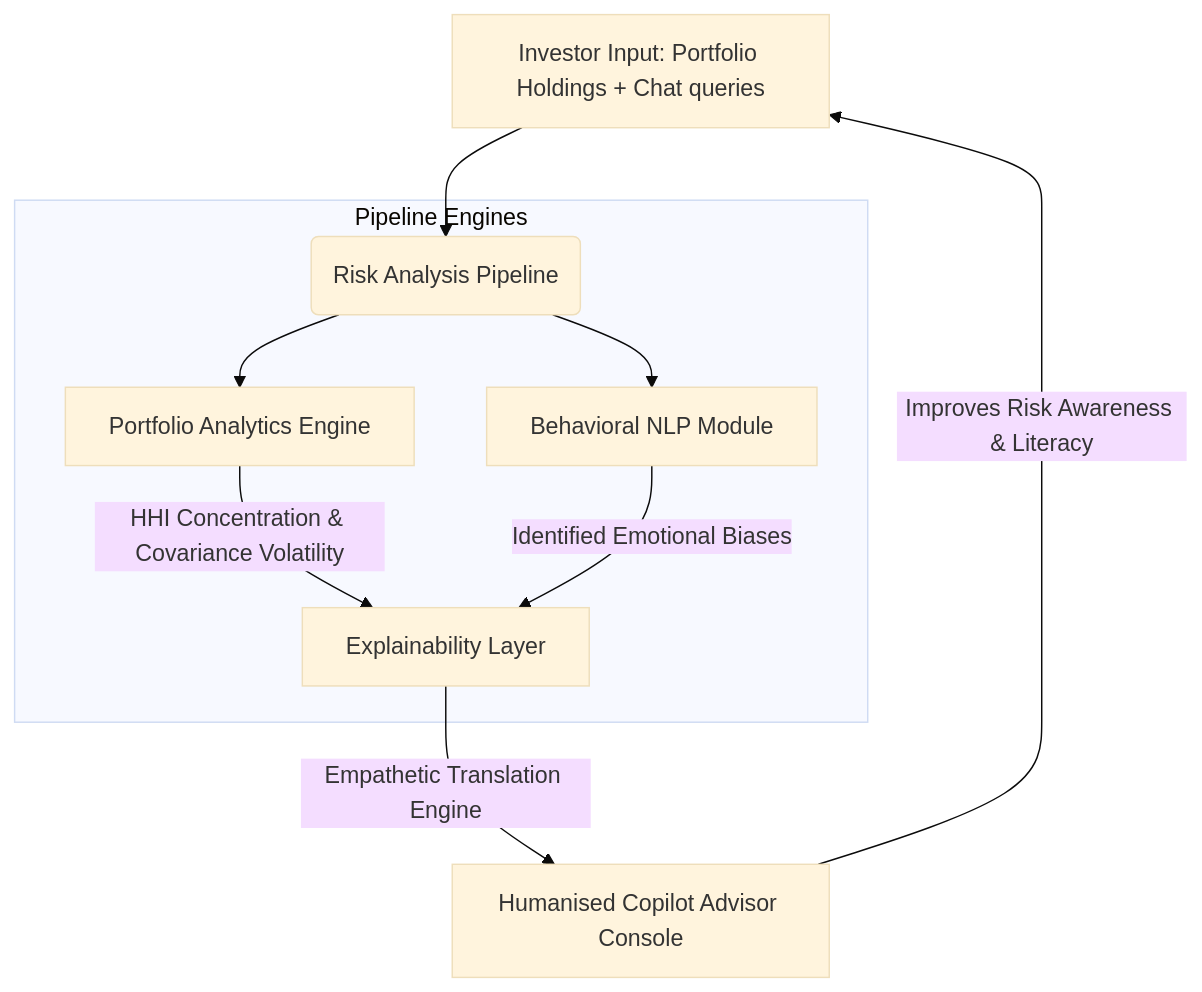
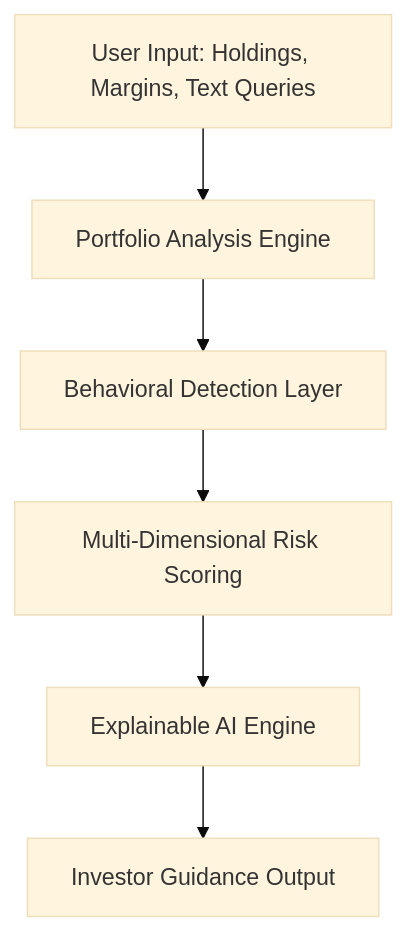
Before and after one commit to rigneshroot/ai-risk-copilot: the diagram in README.md, drawn with Mermaid (base theme). The commit also changed other lines of this file and 9 other files, not shown here.

Commit message:
Reposition repository as AI-powered investor safety framework: integrate six-category ISS, visual radar chart/heatmap canvas, computational research docs, and Case Study visible AI outputs

````diff
--- a/README.md
+++ b/README.md
@@ -37,15 +43,8 @@
 ```mermaid
 graph TD
-    A[Investor Input: Portfolio Holdings + Chat queries] --> B(Risk Analysis Pipeline)
-    
-    subgraph Pipeline Engines
-        B --> C[Portfolio Analytics Engine]
-        B --> D[Behavioral NLP Module]
-        
-        C -->|HHI Concentration & Covariance Volatility| E[Explainability Layer]
-        D -->|Identified Emotional Biases| E
-    end
-    
-    E -->|Empathetic Translation Engine| F[Humanised Copilot Advisor Console]
-    F -->|Improves Risk Awareness & Literacy| A
+    A[User Input: Holdings, Margins, Text Queries] --> B[Portfolio Analysis Engine]
+    B --> C[Behavioral Detection Layer]
+    C --> D[Multi-Dimensional Risk Scoring]
+    D --> E[Explainable AI Engine]
+    E --> F[Investor Guidance Output]
 ```
````
